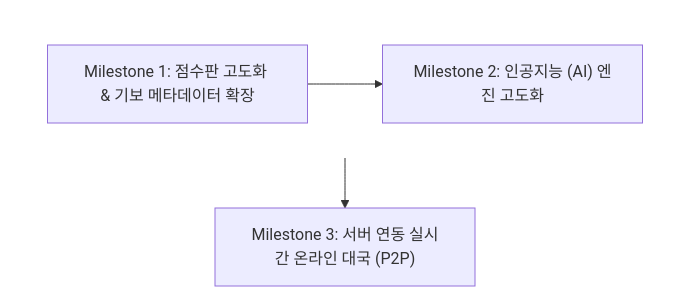
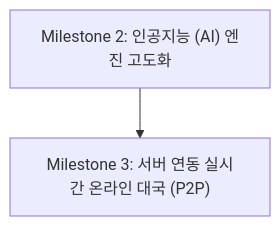
Before and after one commit to iseohyun/html: the diagram in small-project/janggi/roadmap.md, drawn with Mermaid. The commit also changed other lines of this file and 5 other files, not shown here.

````diff
--- a/small-project/janggi/roadmap.md
+++ b/small-project/janggi/roadmap.md
@@ -9,9 +9,4 @@
 ```mermaid
-flowchart TB
-    subgraph SG1 [" "]
-        direction LR
-        M1["Milestone 1: 점수판 고도화 & 기보 메타데이터 확장"] --> M2["Milestone 2: 인공지능 (AI) 엔진 고도화"]
-    end
-    style SG1 fill:none,stroke:none
-    M2 --> M3["Milestone 3: 서버 연동 실시간 온라인 대국 (P2P)"]
+flowchart TD
+    M2["Milestone 2: 인공지능 (AI) 엔진 고도화"] --> M3["Milestone 3: 서버 연동 실시간 온라인 대국 (P2P)"]
 ```
````
